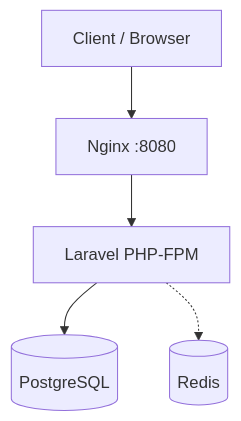
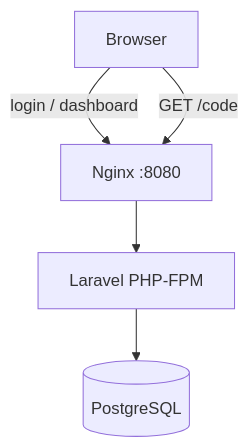
The diagram in README.md (pzdcprst/laravel-url-shortener), drawn with Mermaid before and after one commit. The commit also changed other lines of this file and 32 other files, not shown here.

````diff
--- a/README.md
+++ b/README.md
@@ -23,13 +20,12 @@
 ```mermaid
 flowchart TB
-    Client[Client / Browser]
+    Browser[Browser]
     Nginx[Nginx :8080]
     App[Laravel PHP-FPM]
     PG[(PostgreSQL)]
-    Redis[(Redis)]
 
-    Client --> Nginx
+    Browser -->|login / dashboard| Nginx
+    Browser -->|GET /code| Nginx
     Nginx --> App
     App --> PG
-    App -.-> Redis
 ```
````
